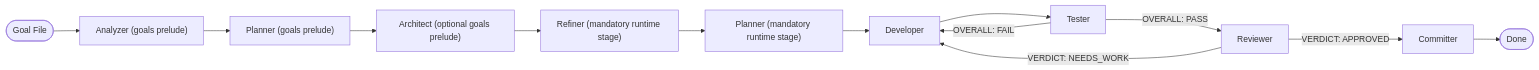
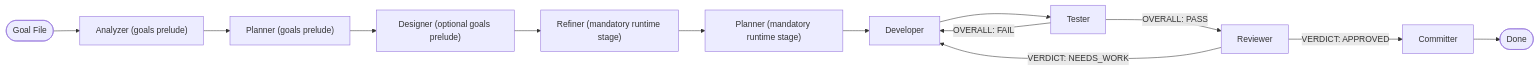
Before and after one commit to hjhun/dormammu: the sixth of 6 diagrams in docs/GUIDE.md, drawn with Mermaid. The commit also changed other lines of this file and 18 other files, not shown here.

````diff
--- a/docs/GUIDE.md
+++ b/docs/GUIDE.md
@@ -924,15 +928,15 @@
 ```mermaid
 flowchart LR
     goal([Goal File]) --> analyzer["Analyzer (goals prelude)"]
     analyzer --> planner_prompt["Planner (goals prelude)"]
-    planner_prompt --> architect["Architect (optional goals prelude)"]
-    architect --> refiner["Refiner (mandatory runtime stage)"]
+    planner_prompt --> designer["Designer (optional goals prelude)"]
+    designer --> refiner["Refiner (mandatory runtime stage)"]
     refiner --> planner["Planner (mandatory runtime stage)"]
     planner --> dev[Developer]
     dev --> tester[Tester]
     tester -- "OVERALL: FAIL" --> dev
     tester -- "OVERALL: PASS" --> reviewer[Reviewer]
     reviewer -- "VERDICT: NEEDS_WORK" --> dev
     reviewer -- "VERDICT: APPROVED" --> committer[Committer]
     committer --> done([Done])
 ```
````
